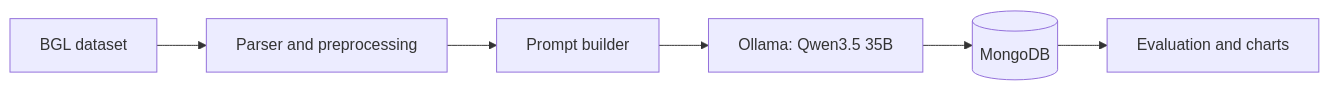
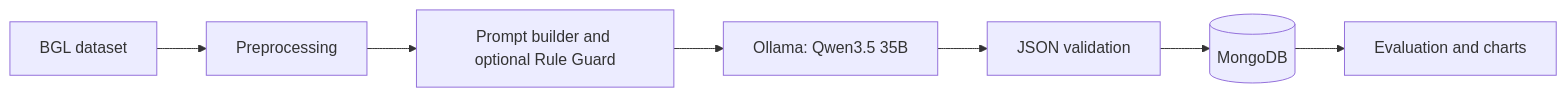
Before and after one commit to masoudd2159/LLMLogAnalyzer: the first of 4 diagrams in README.md, drawn with Mermaid. The commit also changed other lines of this file, not shown here.

````diff
--- a/README.md
+++ b/README.md
@@ -9,8 +16,9 @@
 ```mermaid
 flowchart LR
-    A[BGL dataset] --> B[Parser and preprocessing]
-    B --> C[Prompt builder]
+    A[BGL dataset] --> B[Preprocessing]
+    B --> C[Prompt builder and optional Rule Guard]
     C --> D[Ollama: Qwen3.5 35B]
-    D --> E[(MongoDB)]
-    E --> F[Evaluation and charts]
+    D --> E[JSON validation]
+    E --> F[(MongoDB)]
+    F --> G[Evaluation and charts]
 ```
````
